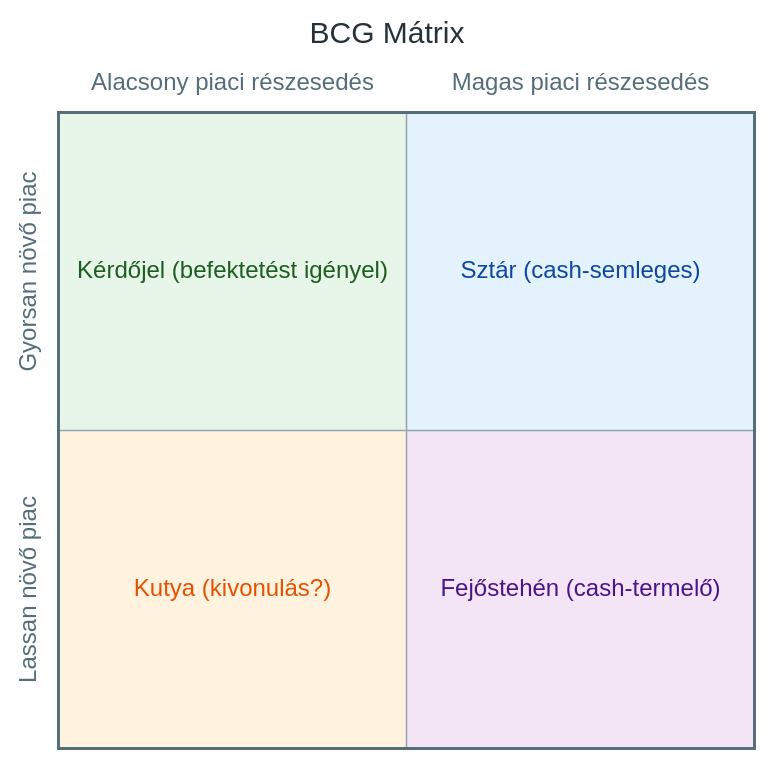
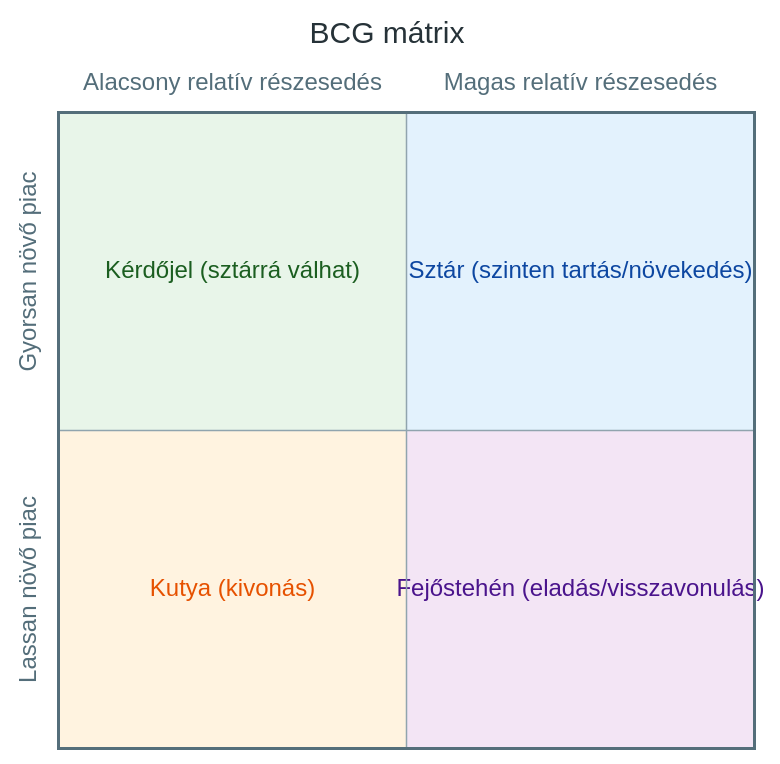
One commit to denespocsik/MM_BSC_Zarovizsga changed the third of 3 diagrams in Tételek/K03-GMXMD1MBLF-Tervezés.tétel.md. Above: the diagram before and after it, drawn with Mermaid. The commit also changed other lines of this file and 2 other files, not shown here.

````diff
--- a/Tételek/K03-GMXMD1MBLF-Tervezés.tétel.md
+++ b/Tételek/K03-GMXMD1MBLF-Tervezés.tétel.md
@@ -100,11 +168,11 @@
 ```mermaid
 %%{init: {'theme':'base','themeVariables':{'quadrant1Fill':'#e3f2fd','quadrant2Fill':'#e8f5e9','quadrant3Fill':'#fff3e0','quadrant4Fill':'#f3e5f5','quadrant1TextFill':'#0d47a1','quadrant2TextFill':'#1b5e20','quadrant3TextFill':'#e65100','quadrant4TextFill':'#4a148c','quadrantPointFill':'#546e7a','quadrantPointTextFill':'#263238','quadrantXAxisTextFill':'#546e7a','quadrantYAxisTextFill':'#546e7a','quadrantTitleFill':'#263238','quadrantInternalBorderStrokeFill':'#90a4ae','quadrantExternalBorderStrokeFill':'#546e7a'}}}%%
 quadrantChart
-    title BCG Mátrix
-    x-axis "Alacsony piaci részesedés" --> "Magas piaci részesedés"
+    title BCG mátrix
+    x-axis "Alacsony relatív részesedés" --> "Magas relatív részesedés"
     y-axis "Lassan növő piac" --> "Gyorsan növő piac"
-    quadrant-1 "Sztár (cash-semleges)"
-    quadrant-2 "Kérdőjel (befektetést igényel)"
-    quadrant-3 "Kutya (kivonulás?)"
-    quadrant-4 "Fejőstehén (cash-termelő)"
+    quadrant-1 "Sztár (szinten tartás/növekedés)"
+    quadrant-2 "Kérdőjel (sztárrá válhat)"
+    quadrant-3 "Kutya (kivonás)"
+    quadrant-4 "Fejőstehén (eladás/visszavonulás)"
 ```
````
